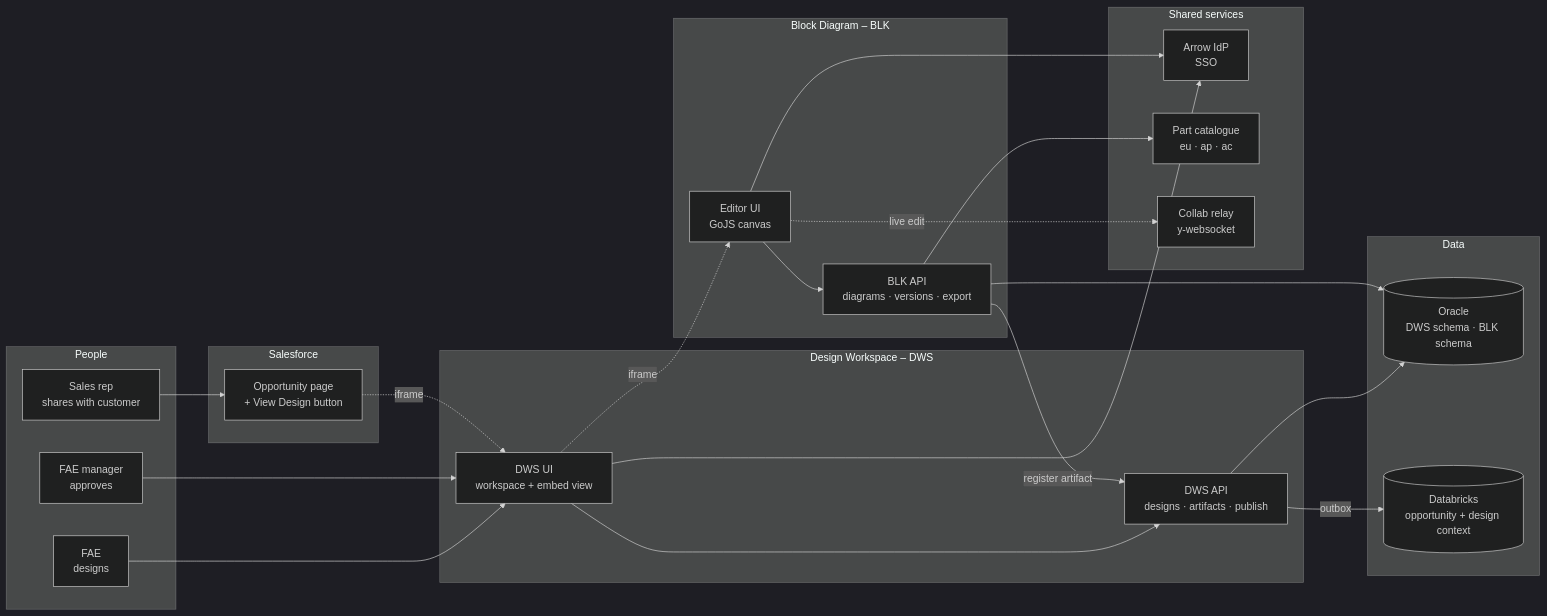
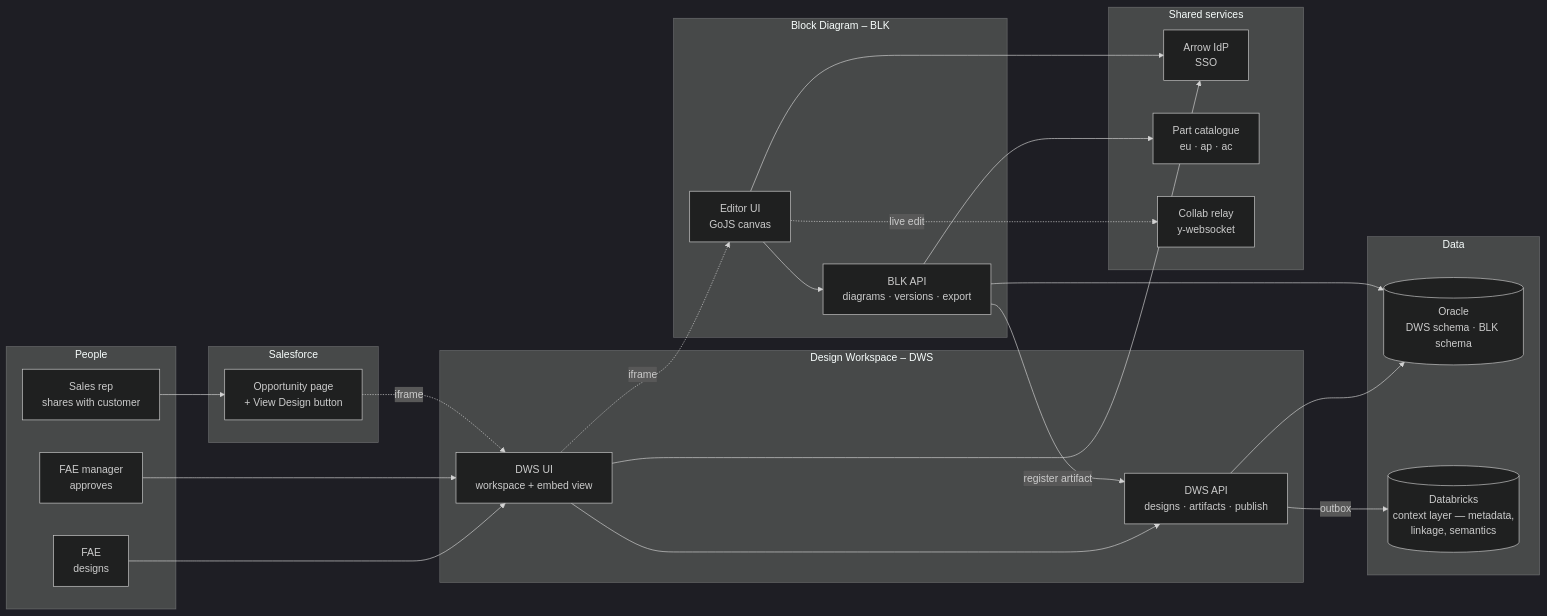
One commit to tejram25/blk-drg-final changed the first of 6 diagrams in diagram-poc/design/dc-workspace/architecture.md. Above: the diagram before and after it, drawn with Mermaid (dark theme). The commit also changed other lines of this file and 3 other files, not shown here.

````diff
--- a/diagram-poc/design/dc-workspace/architecture.md
+++ b/diagram-poc/design/dc-workspace/architecture.md
@@ -10,50 +10,50 @@
 ```mermaid
 flowchart LR
   subgraph people[People]
     FAE[FAE<br/>designs]
     APR[FAE manager<br/>approves]
     REP[Sales rep<br/>shares with customer]
   end
 
   subgraph sfdc[Salesforce]
     OPP[Opportunity page<br/>+ View Design button]
   end
 
   subgraph dws[Design Workspace ‒ DWS]
     DWSUI[DWS UI<br/>workspace + embed view]
     DWSAPI[DWS API<br/>designs · artifacts · publish]
   end
 
   subgraph blk[Block Diagram ‒ BLK]
     BLKUI[Editor UI<br/>GoJS canvas]
     BLKAPI[BLK API<br/>diagrams · versions · export]
   end
 
   subgraph data[Data]
     ORA[(Oracle<br/>DWS schema · BLK schema)]
-    DBX[(Databricks<br/>opportunity + design context)]
+    DBX[(Databricks<br/>context layer — metadata,<br/>linkage, semantics)]
   end
 
   subgraph ext[Shared services]
     IDP[Arrow IdP<br/>SSO]
     CAT[Part catalogue<br/>eu · ap · ac]
     RELAY[Collab relay<br/>y-websocket]
   end
 
   FAE --> DWSUI
   APR --> DWSUI
   REP --> OPP
   OPP -.iframe.-> DWSUI
   DWSUI -.iframe.-> BLKUI
 
   DWSUI --> DWSAPI
   BLKUI --> BLKAPI
   BLKAPI -- register artifact --> DWSAPI
   DWSAPI --> ORA
   BLKAPI --> ORA
   DWSAPI -- outbox --> DBX
   BLKAPI --> CAT
   BLKUI -.live edit.-> RELAY
   DWSUI --> IDP
   BLKUI --> IDP
 ```
````
